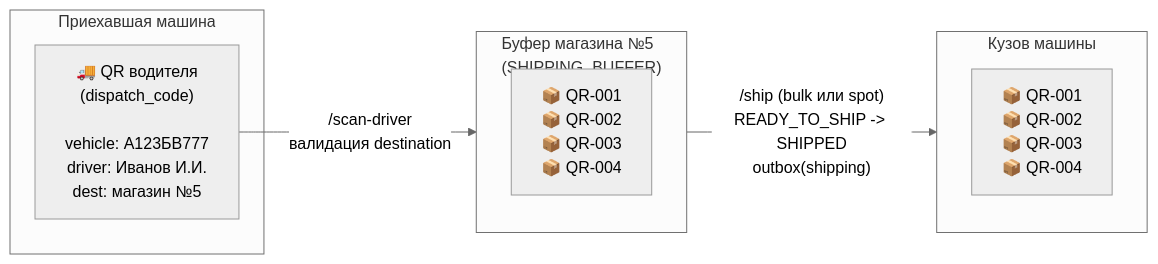
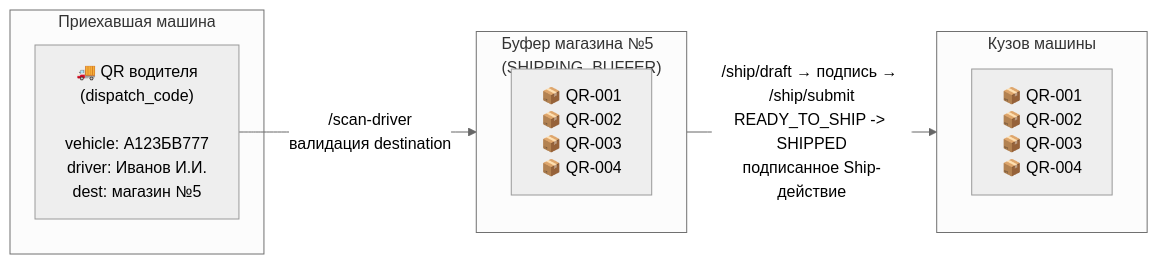
Before and after one commit to oglenyaboss/avalanche-wms: the second of 7 diagrams in docs/flows/shipping-flow.md, drawn with Mermaid (neutral theme). The commit also changed other lines of this file and 10 other files, not shown here.

````diff
--- a/docs/flows/shipping-flow.md
+++ b/docs/flows/shipping-flow.md
@@ -80,17 +92,17 @@
 ```mermaid
 flowchart LR
     subgraph BUFFER["Буфер магазина №5\n(SHIPPING_BUFFER)"]
         B1["📦 QR-001\n📦 QR-002\n📦 QR-003\n📦 QR-004"]
     end
 
     subgraph DRIVER["Приехавшая машина"]
         D1["🚚 QR водителя\n(dispatch_code)\n\nvehicle: А123БВ777\ndriver: Иванов И.И.\ndest: магазин №5"]
     end
 
     subgraph TRUCK["Кузов машины"]
         T1["📦 QR-001\n📦 QR-002\n📦 QR-003\n📦 QR-004"]
     end
 
     D1 -->|"/scan-driver\nвалидация destination"| BUFFER
-    BUFFER -->|"/ship (bulk или spot)\nREADY_TO_SHIP -> SHIPPED\noutbox(shipping)"| TRUCK
+    BUFFER -->|"/ship/draft → подпись → /ship/submit\nREADY_TO_SHIP -> SHIPPED\nподписанное Ship-действие"| TRUCK
 ```
````
